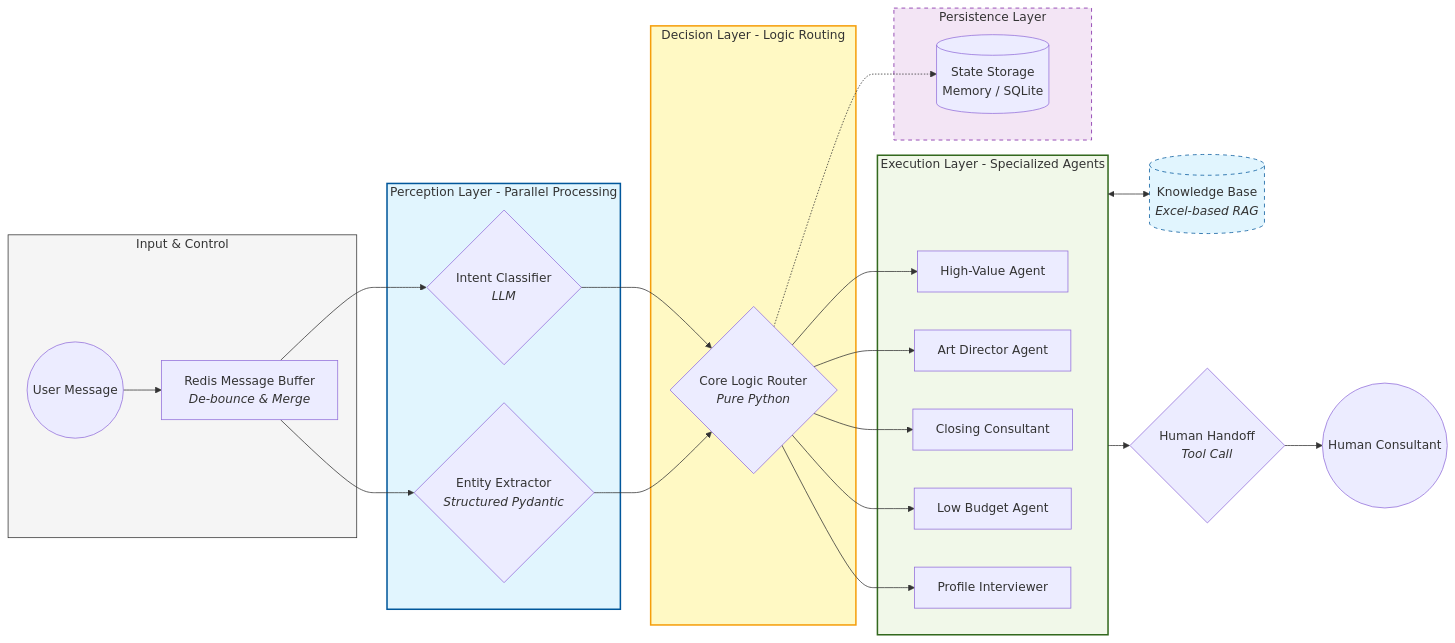
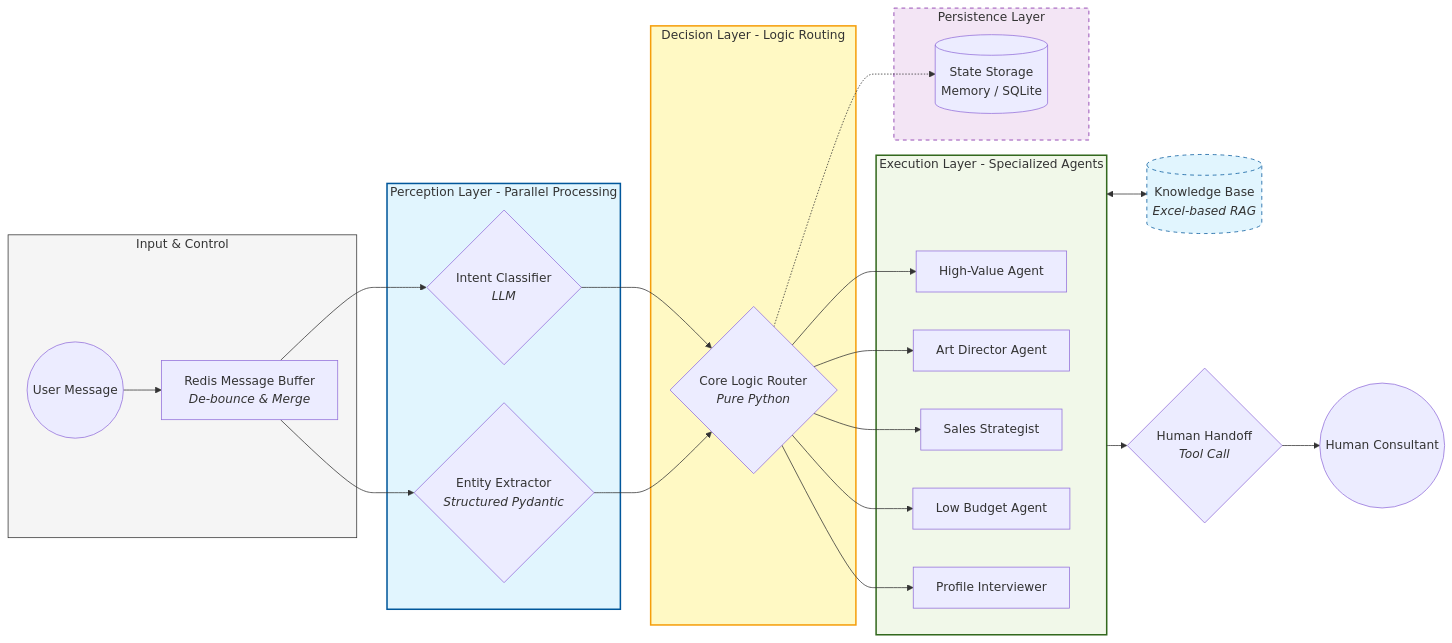
The diagram in README_EN.md (JackybigW/baoshu_ai), drawn with Mermaid before and after one commit. The commit also changed 1 other file, not shown here.

Commit message:
docs: 修正 Mermaid 标签文本，与 V4 版专业术语对齐

````diff
--- a/README_EN.md
+++ b/README_EN.md
@@ -15,39 +15,39 @@
 ```mermaid
 graph LR
     subgraph Input_Layer [Input & Control]
         User((User Message)) --> Buffer[Redis Message Buffer<br/><i>De-bounce & Merge</i>]
     end
 
     subgraph Perception_Layer [Perception Layer - Parallel Processing]
         Buffer --> Classifier{Intent Classifier<br/><i>LLM</i>}
         Buffer --> Extractor{Entity Extractor<br/><i>Structured Pydantic</i>}
     end
 
     subgraph Decision_Layer [Decision Layer - Logic Routing]
         Classifier & Extractor --> Router{Core Logic Router<br/><i>Pure Python</i>}
     end
 
     subgraph Execution_Layer [Execution Layer - Specialized Agents]
         Router --> HV[High-Value Agent]
         Router --> ART[Art Director Agent]
-        Router --> CS[Closing Consultant]
+        Router --> CS[Sales Strategist]
         Router --> LB[Low Budget Agent]
         Router --> IV[Profile Interviewer]
     end
 
     Execution_Layer <--> RAG[(Knowledge Base<br/><i>Excel-based RAG</i>)]
     Execution_Layer --> Handoff{Human Handoff<br/><i>Tool Call</i>}
     Handoff --> Agent_Assigned((Human Consultant))
 
     subgraph Persistence [Persistence Layer]
         Router -.-> DB[(State Storage<br/>Memory / SQLite)]
     end
 
     %% Styling
     style Input_Layer fill:#f5f5f5,stroke:#333
     style Perception_Layer fill:#e1f5fe,stroke:#01579b,stroke-width:2px
     style Decision_Layer fill:#fff9c4,stroke:#f59e0b,stroke-width:2px
     style Execution_Layer fill:#f1f8e9,stroke:#33691e,stroke-width:2px
     style RAG fill:#e1f5fe,stroke:#01579b,stroke-dasharray: 5 5
     style Persistence fill:#f3e5f5,stroke:#7b1fa2,stroke-dasharray: 5 5
 ```
````
